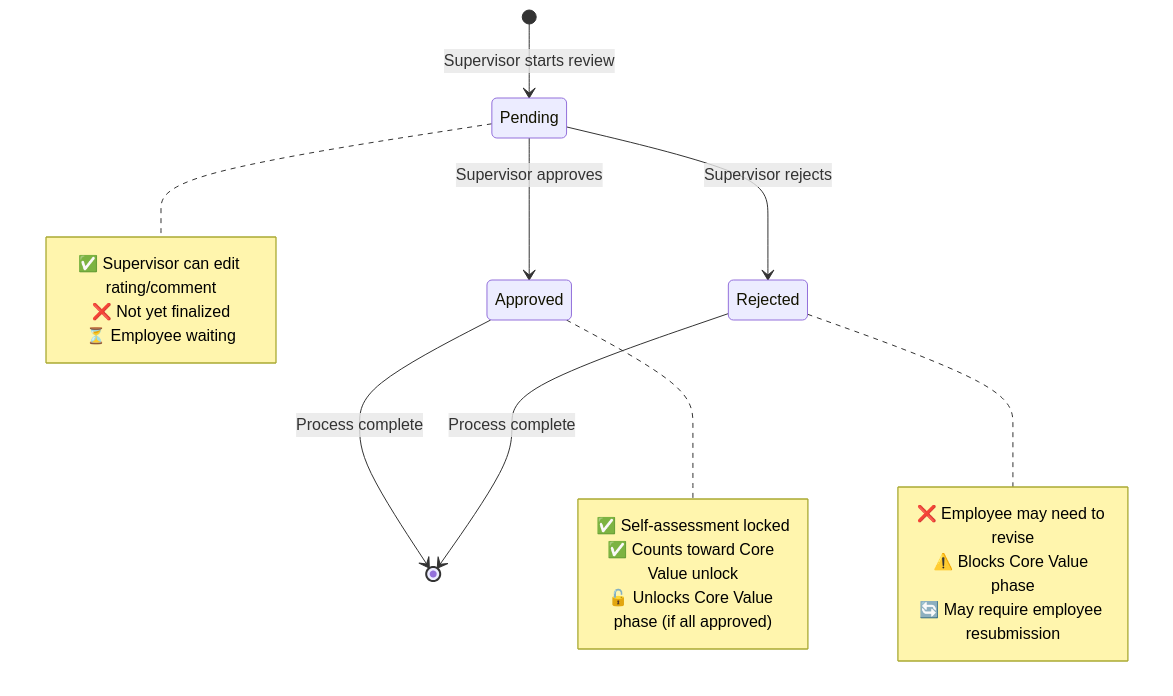
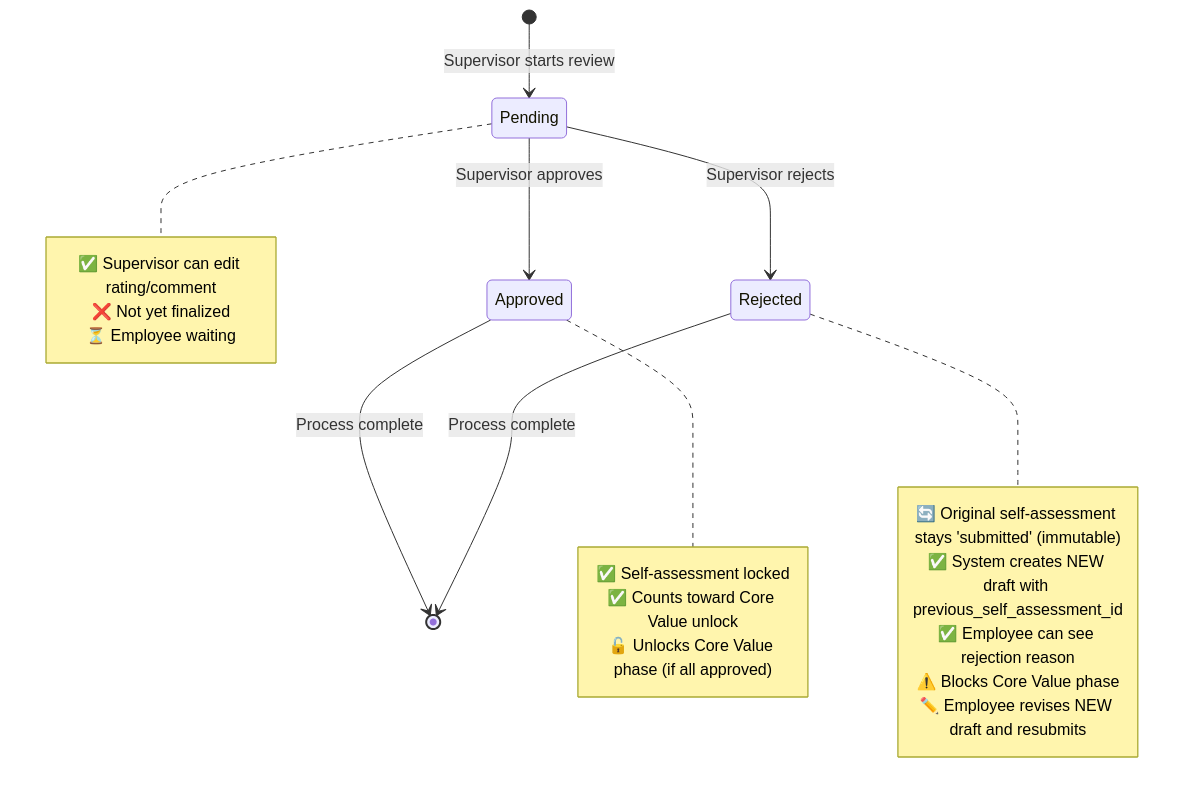
One commit to shintairiku/evaluation-system changed the third of 3 diagrams in .kiro/specs/self-assessment/domain-model.md. Above: the diagram before and after it, drawn with Mermaid. The commit also changed other lines of this file, not shown here.

Commit message:
docs(self-assessment): update domain model documentation

````diff
--- a/.kiro/specs/self-assessment/domain-model.md
+++ b/.kiro/specs/self-assessment/domain-model.md
@@ -403,26 +435,28 @@
 ```mermaid
 stateDiagram-v2
     [*] --> Pending: Supervisor starts review
     Pending --> Approved: Supervisor approves
     Pending --> Rejected: Supervisor rejects
     Approved --> [*]: Process complete
     Rejected --> [*]: Process complete
 
     note right of Pending
         ✅ Supervisor can edit rating/comment
         ❌ Not yet finalized
         ⏳ Employee waiting
     end note
 
     note right of Approved
         ✅ Self-assessment locked
         ✅ Counts toward Core Value unlock
         🔓 Unlocks Core Value phase (if all approved)
     end note
 
     note right of Rejected
-        ❌ Employee may need to revise
+        🔄 Original self-assessment stays 'submitted' (immutable)
+        ✅ System creates NEW draft with previous_self_assessment_id
+        ✅ Employee can see rejection reason
         ⚠️ Blocks Core Value phase
-        🔄 May require employee resubmission
+        ✏️ Employee revises NEW draft and resubmits
     end note
 ```
````
